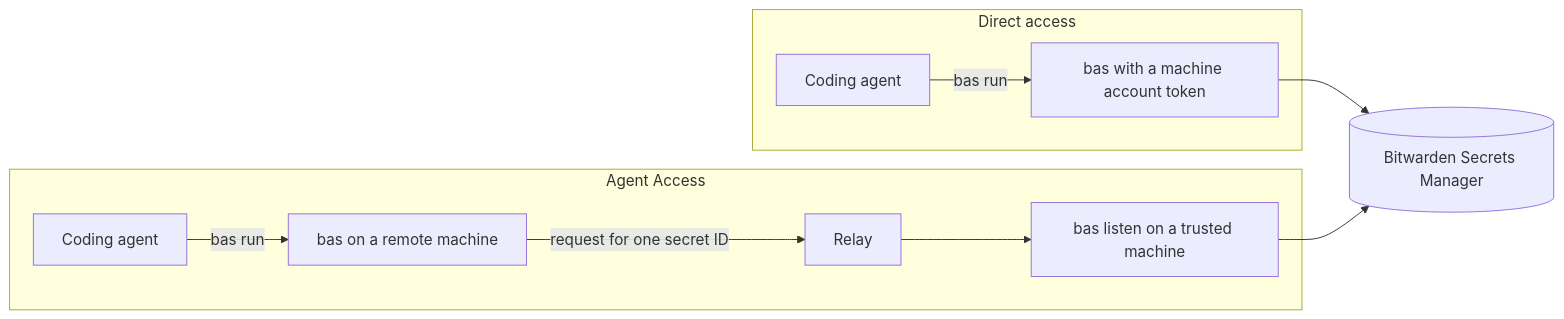
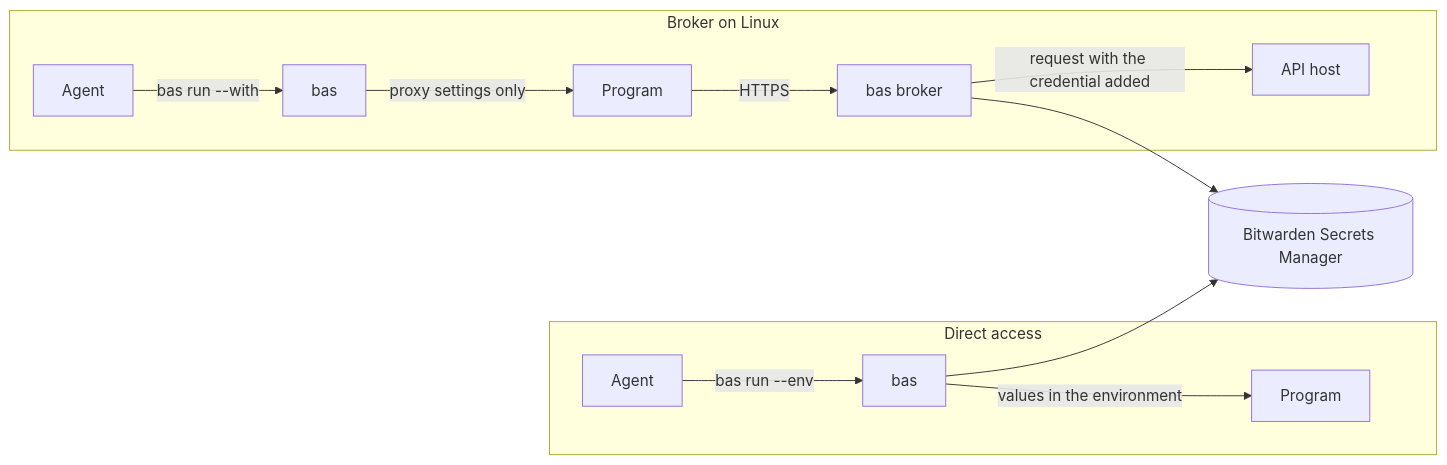
The diagram in README.md (Snestra/bas), drawn with Mermaid before and after one commit. The commit also changed other lines of this file, not shown here.

````diff
--- a/README.md
+++ b/README.md
@@ -9,13 +9,15 @@
 ```mermaid
 flowchart LR
     subgraph direct[Direct access]
-        A1[Coding agent] -->|bas run| B1[bas with a machine account token]
+        A1[Agent] -->|bas run --env| B1[bas]
+        B1 -->|values in the environment| P1[Program]
     end
-    subgraph remote[Agent Access]
-        A2[Coding agent] -->|bas run| B2[bas on a remote machine]
-        B2 -->|request for one secret ID| R[Relay]
-        R --> L[bas listen on a trusted machine]
+    subgraph broker[Broker on Linux]
+        A2[Agent] -->|bas run --with| B2[bas]
+        B2 -->|proxy settings only| P2[Program]
+        P2 -->|HTTPS| X[bas broker]
+        X -->|request with the credential added| API[API host]
     end
     B1 --> SM[(Bitwarden Secrets Manager)]
-    L --> SM
+    X --> SM
 ```
````
